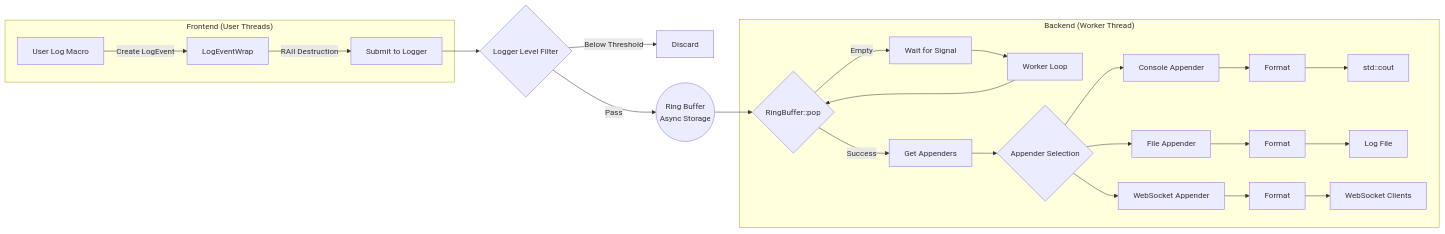
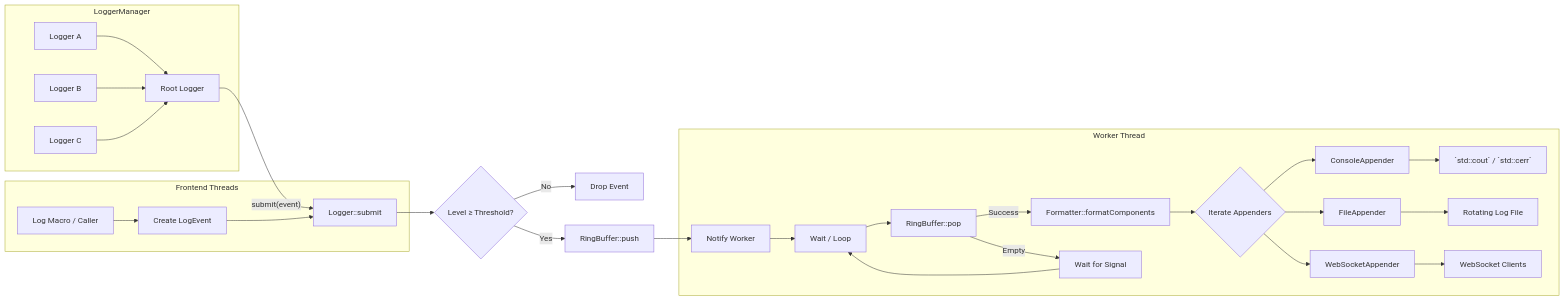
Before and after one commit to AwakeLion-Robot-Lab/awakelion-logger: the diagram in README.md, drawn with Mermaid. The commit also changed other lines of this file and 15 other files, not shown here.

````diff
--- a/README.md
+++ b/README.md
@@ -23,33 +23,42 @@
 ```mermaid
 flowchart LR
-    subgraph "Frontend (User Threads)"
-        A[User Log Macro] -->|Create LogEvent| B[LogEventWrap]
-        B -->|RAII Destruction| C[Submit to Logger]
-    end
+  subgraph LoggerManager["LoggerManager"]
+    Root["Root Logger"]
+    LoggerA["Logger A"]
+    LoggerB["Logger B"]
+    LoggerC["Logger C"]
 
-    C --> D{Logger Level Filter}
-    D -->|Below Threshold| E[Discard]
-    D -->|Pass| F((Ring Buffer<br/>Async Storage))
+    LoggerA --> Root
+    LoggerB --> Root
+    LoggerC --> Root
+  end
 
-    subgraph "Backend (Worker Thread)"
-        G[Worker Loop] --> H{RingBuffer::pop}
-        H -->|Success| I[Get Appenders]
-        H -->|Empty| J[Wait for Signal]
-        J --> G
+  Root -->|"submit(event)"| Submit[Logger::submit]
 
-        I --> K{Appender Selection}
-        K --> L[Console Appender]
-        K --> M[File Appender]
-        K --> N[WebSocket Appender]
+  subgraph Frontend["Frontend Threads"]
+    Macro[Log Macro / Caller] --> Wrap[Create LogEvent]
+    Wrap --> Submit
+  end
 
-        L --> O[Format]
-        M --> P[Format]
-        N --> Q[Format]
+  Submit --> Filter{Level ≥ Threshold?}
+    Filter -->|No| Drop[Drop Event]
+    Filter -->|Yes| Enqueue[RingBuffer::push]
+  Enqueue --> Notify[Notify Worker]
 
-        O --> R[std::cout]
-        P --> S[Log File]
-        Q --> T[WebSocket Clients]
-    end
+  subgraph Backend["Worker Thread"]
+    Notify --> Worker[Wait / Loop]
+    Worker --> Pop[RingBuffer::pop]
+    Pop -->|Success| Format[Formatter::formatComponents]
+    Pop -->|Empty| Wait[Wait for Signal]
+    Wait --> Worker
 
-    F --> H
+    Format --> AppSel{Iterate Appenders}
+    AppSel --> Console[ConsoleAppender]
+    AppSel --> File[FileAppender]
+    AppSel --> Web[WebSocketAppender]
+
+    Console --> Stdout[`std::cout` / `std::cerr`]
+    File --> LogFile[Rotating Log File]
+    Web --> Clients[WebSocket Clients]
+  end
 ```
````
